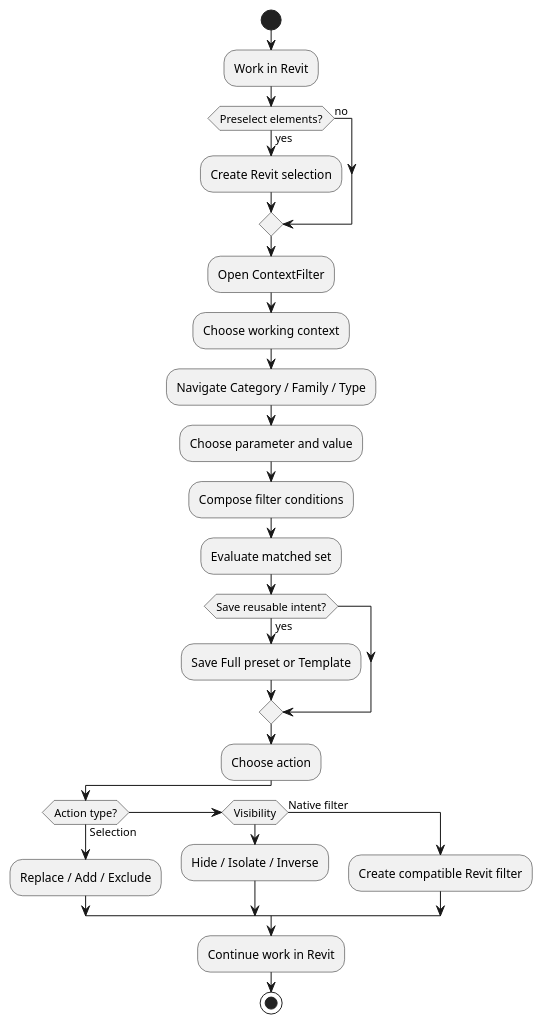
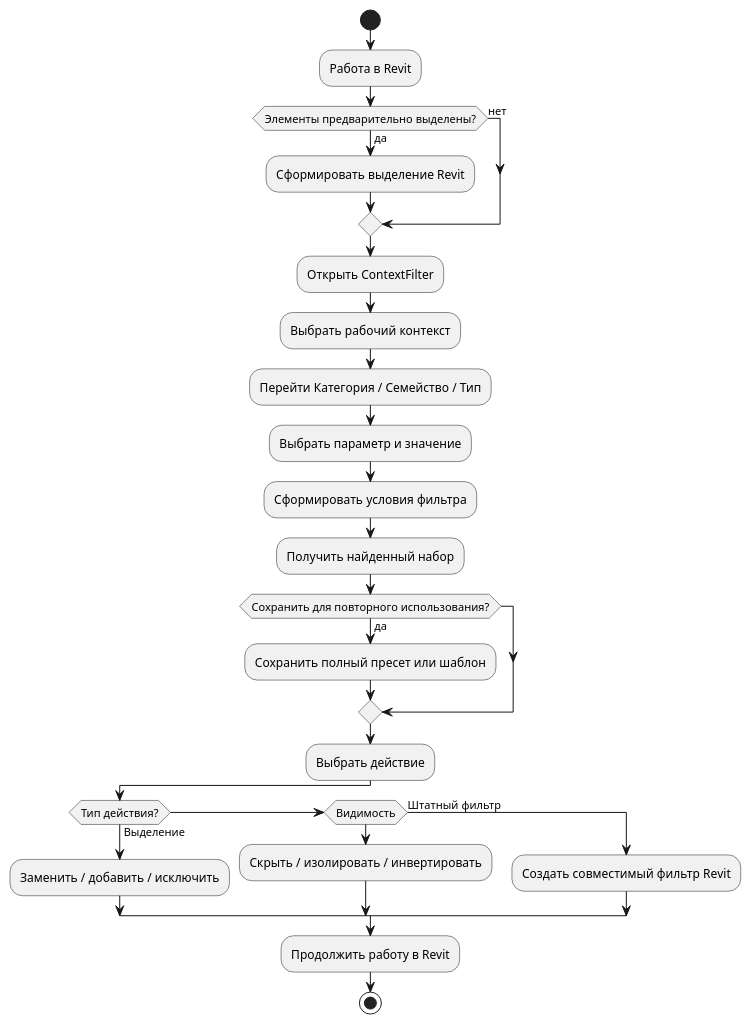
The diagram in business/processes/diagrams/main-user-flow.puml (branch-danya-dev/revit-context-filter-analisys), drawn with PlantUML before and after one commit. The commit also changed 16 other files, not shown here.

```diff
--- a/business/processes/diagrams/main-user-flow.puml
+++ b/business/processes/diagrams/main-user-flow.puml
@@ -1,27 +1,27 @@
 @startuml
 start
-:Work in Revit;
-if (Preselect elements?) then (yes)
-  :Create Revit selection;
-else (no)
+:Работа в Revit;
+if (Элементы предварительно выделены?) then (да)
+  :Сформировать выделение Revit;
+else (нет)
 endif
-:Open ContextFilter;
-:Choose working context;
-:Navigate Category / Family / Type;
-:Choose parameter and value;
-:Compose filter conditions;
-:Evaluate matched set;
-if (Save reusable intent?) then (yes)
-  :Save Full preset or Template;
+:Открыть ContextFilter;
+:Выбрать рабочий контекст;
+:Перейти Категория / Семейство / Тип;
+:Выбрать параметр и значение;
+:Сформировать условия фильтра;
+:Получить найденный набор;
+if (Сохранить для повторного использования?) then (да)
+  :Сохранить полный пресет или шаблон;
 endif
-:Choose action;
-if (Action type?) then (Selection)
-  :Replace / Add / Exclude;
-elseif (Visibility)
-  :Hide / Isolate / Inverse;
-else (Native filter)
-  :Create compatible Revit filter;
+:Выбрать действие;
+if (Тип действия?) then (Выделение)
+  :Заменить / добавить / исключить;
+elseif (Видимость)
+  :Скрыть / изолировать / инвертировать;
+else (Штатный фильтр)
+  :Создать совместимый фильтр Revit;
 endif
-:Continue work in Revit;
+:Продолжить работу в Revit;
 stop
 @enduml
```
